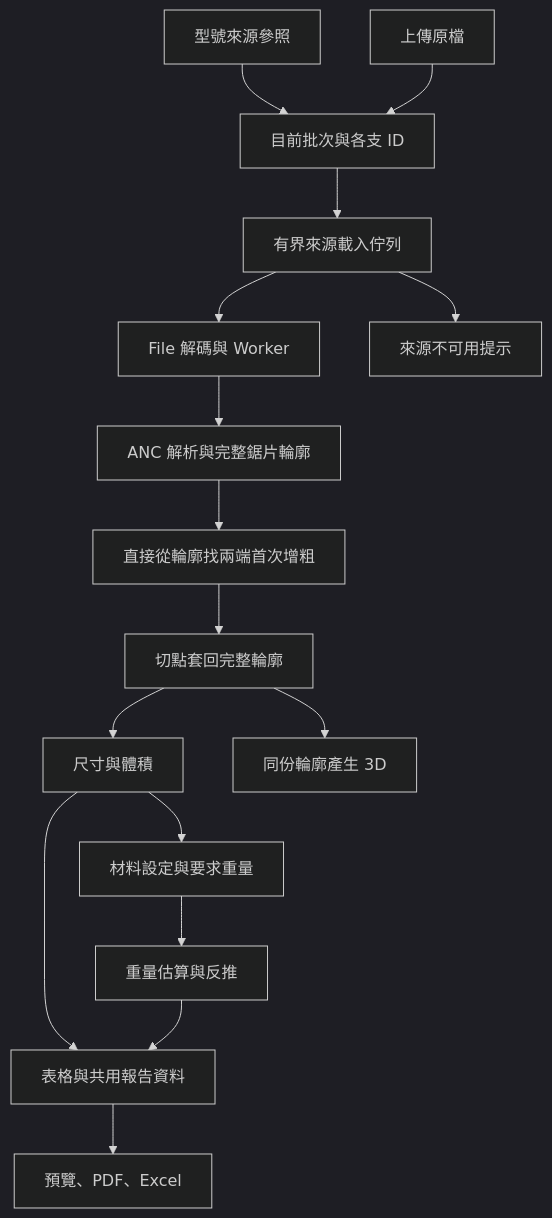
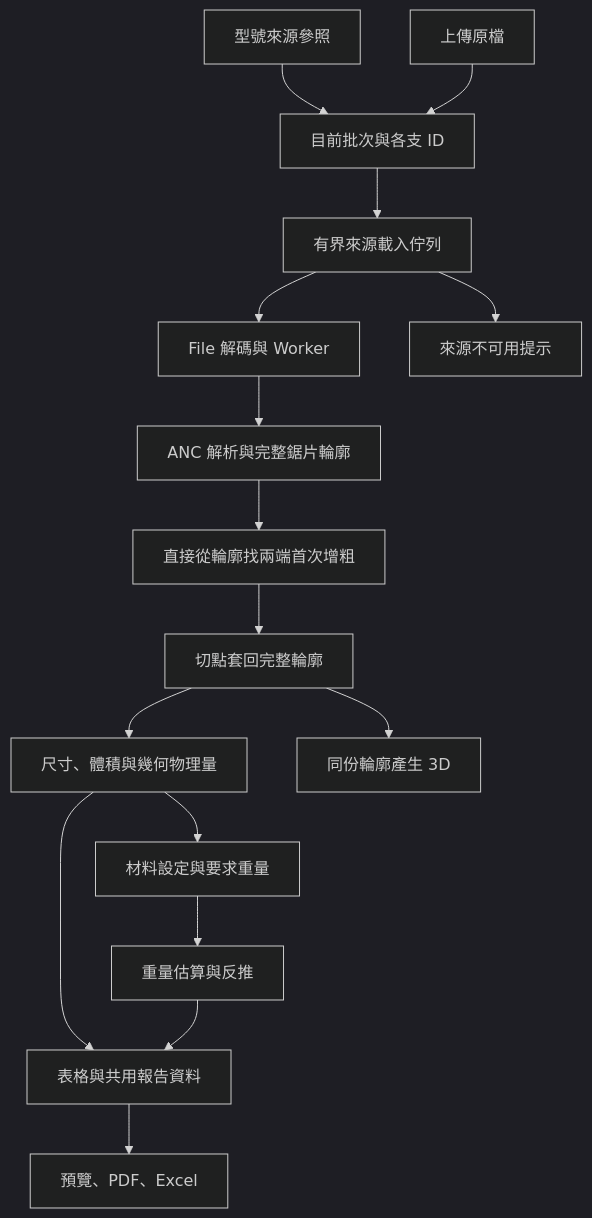
The diagram in 【專案規則】/docs/架構總覽.md (kwlin605-cyber/bat-volume), drawn with Mermaid (dark theme) before and after one commit. The commit also changed other lines of this file and 54 other files, not shown here.

````diff
--- a/【專案規則】/docs/架構總覽.md
+++ b/【專案規則】/docs/架構總覽.md
@@ -7,18 +7,18 @@
 ```mermaid
 flowchart TD
   A[型號來源參照] --> C[目前批次與各支 ID]
   B[上傳原檔] --> C
   C --> S[有界來源載入佇列]
   S --> D[File 解碼與 Worker]
   S --> U[來源不可用提示]
   D --> E[ANC 解析與完整鋸片輪廓]
   E --> F[直接從輪廓找兩端首次增粗]
   F --> G[切點套回完整輪廓]
-  G --> H[尺寸與體積]
+  G --> H[尺寸、體積與幾何物理量]
   G --> I[同份輪廓產生 3D]
   H --> J[材料設定與要求重量]
   J --> K[重量估算與反推]
   H --> L[表格與共用報告資料]
   K --> L
   L --> M[預覽、PDF、Excel]
 ```
````
